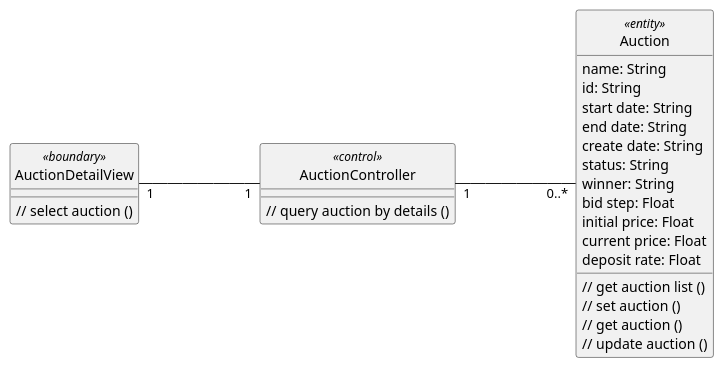
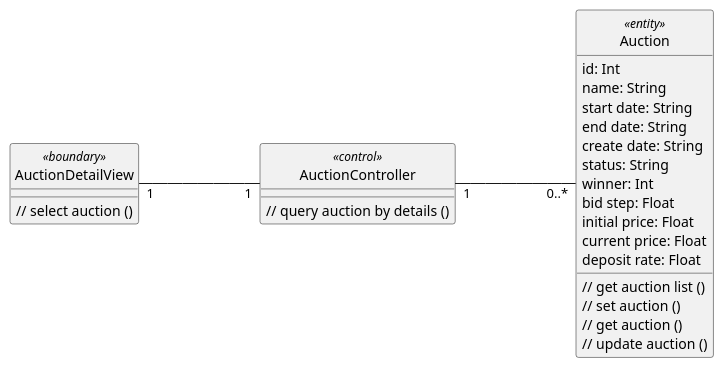
One commit to anhbanlinhle/velocity-exchange changed the diagram in uml/analysis/class/view_auction_information.pu. Above: the diagram before and after it, drawn with PlantUML. The commit also changed 5 other files, not shown here.

```diff
--- a/uml/analysis/class/view_auction_information.pu
+++ b/uml/analysis/class/view_auction_information.pu
@@ -1,44 +1,43 @@
 @startuml 
 left to right direction
 skinparam classAttributeIconSize 0
 skinparam linetype ortho
 hide circle
 class AuctionDetailView <<boundary>> {
 
     // select auction ()
 
     }
 
 class AuctionController <<control>> {
     
     // query auction by details ()
 
     }
 
 class Auction <<entity>> {
+    id: Int
     name: String
-    id: String
     start date: String
     end date: String
     create date: String
     status: String
-    winner: String
+    winner: Int
     bid step: Float
     initial price: Float
     current price: Float
     deposit rate: Float
-
     // get auction list ()
     // set auction ()
     // get auction ()
     // update auction ()
 
     }
 
 
 AuctionDetailView "1" --- "1" AuctionController
 
 AuctionController "1" --- "0..*" Auction
 
 
 @enduml
```
